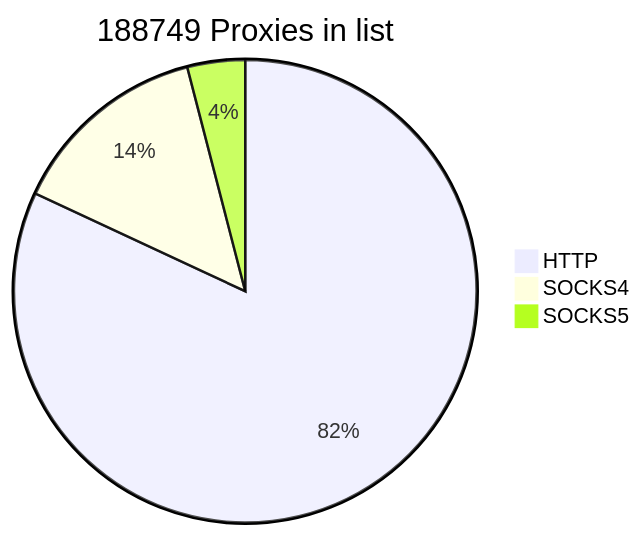
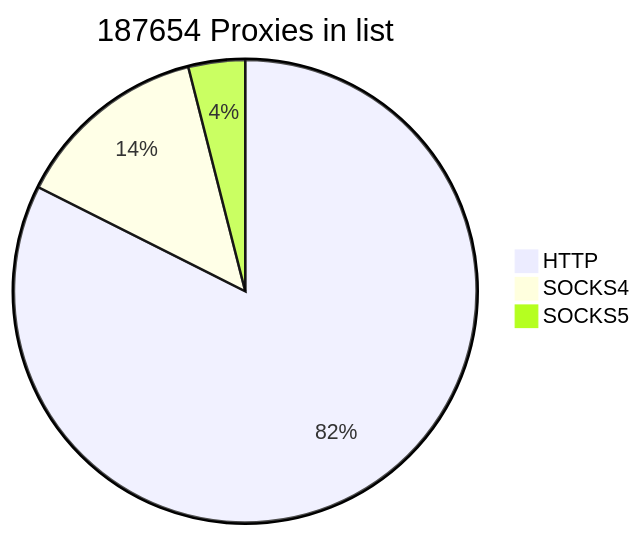
One commit to cutipu/proxylist changed the first of 2 diagrams in README.md. Above: the diagram before and after it, drawn with Mermaid. The commit also changed other lines of this file, not shown here.

````diff
--- a/README.md
+++ b/README.md
@@ -2,7 +2,7 @@
 ```mermaid
-pie title 188749 Proxies in list
+pie title 187654 Proxies in list
     "HTTP" : 154662
-    "SOCKS4" : 26478
-    "SOCKS5" : 7609
+    "SOCKS4" : 25562
+    "SOCKS5" : 7430
             
 ```
````
